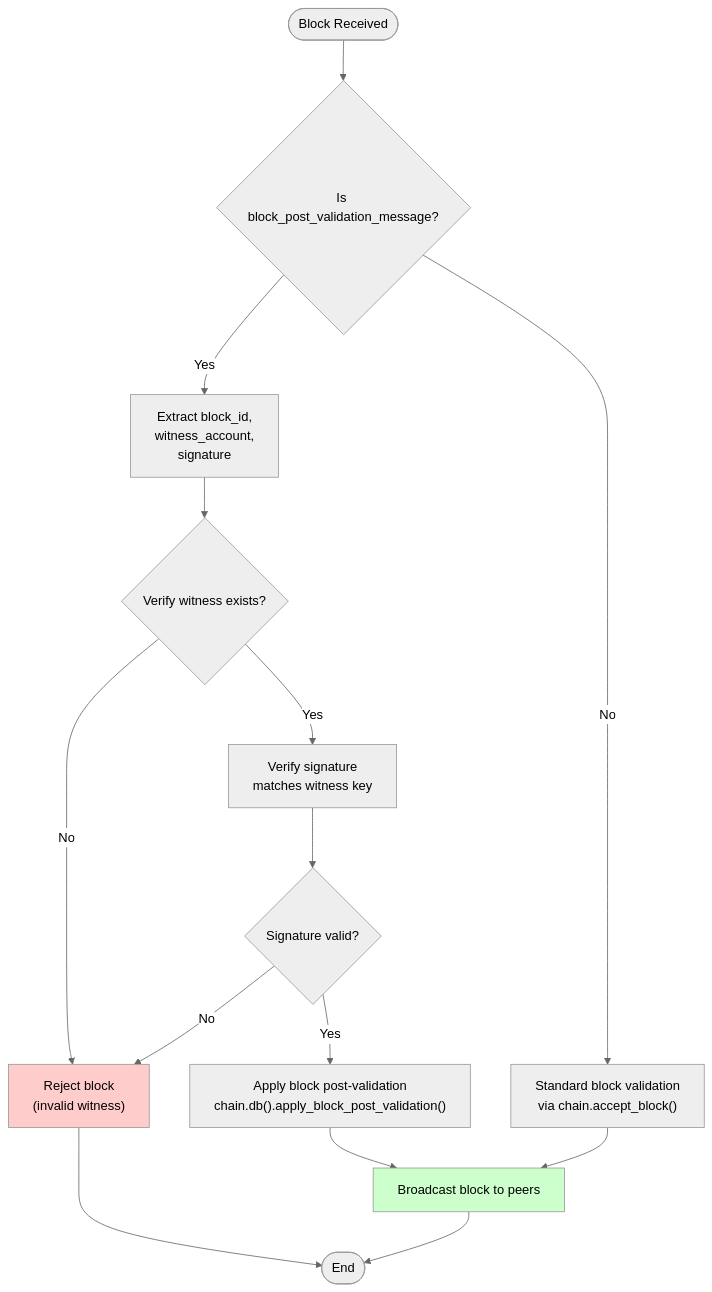
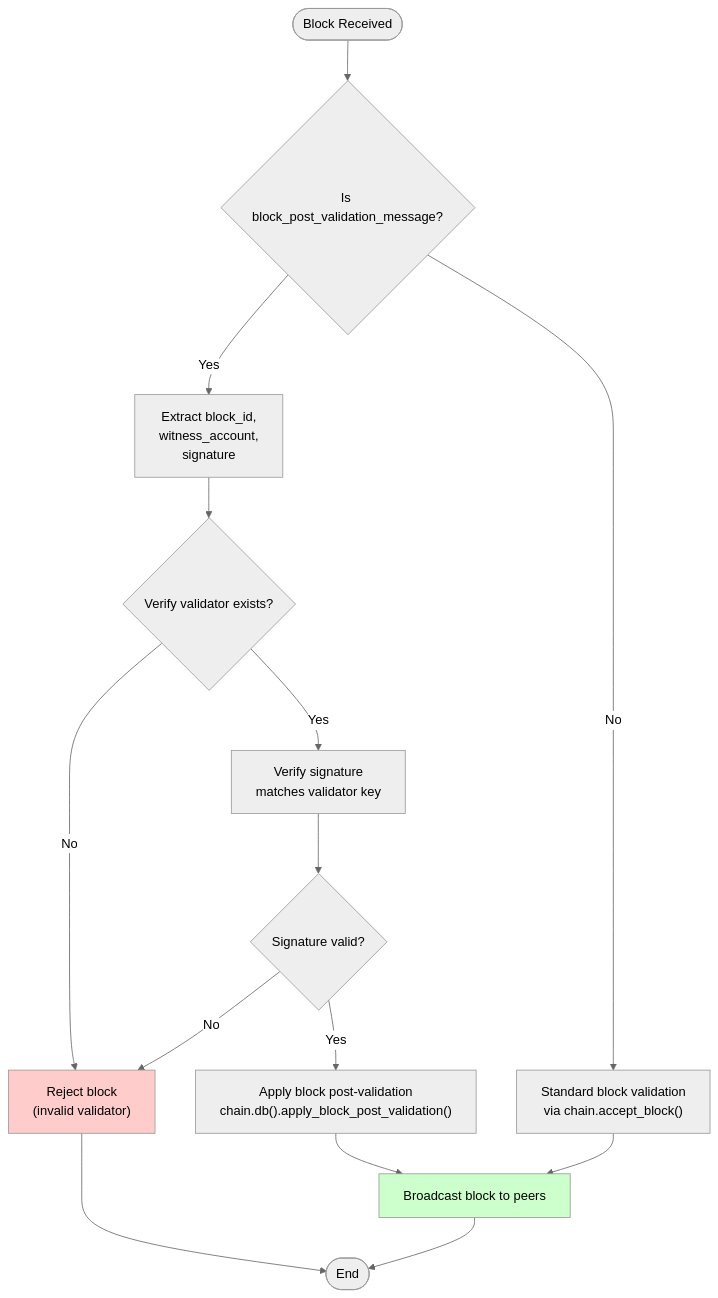
Before and after one commit to VIZ-Blockchain/viz-cpp-node: the fifth of 50 diagrams in .qoder/repowiki/en/content/P2p Plugin.md, drawn with Mermaid (neutral theme). The commit also changed other lines of this file and 88 other files, not shown here.

First line of the commit message:
docs(validator): rename witness to validator throughout documentation

````diff
--- a/.qoder/repowiki/en/content/P2p Plugin.md
+++ b/.qoder/repowiki/en/content/P2p Plugin.md
@@ -328,18 +328,18 @@
 ```mermaid
 flowchart TD
 Start([Block Received]) --> ValidateType{"Is block_post_validation_message?"}
 ValidateType --> |No| StandardValidation["Standard block validation<br/>via chain.accept_block()"]
 ValidateType --> |Yes| ExtractParams["Extract block_id,<br/>witness_account,<br/>signature"]
-ExtractParams --> VerifyWitness{"Verify witness exists?"}
-VerifyWitness --> |No| RejectBlock["Reject block<br/>(invalid witness)"]
-VerifyWitness --> |Yes| VerifySignature["Verify signature<br/>matches witness key"]
+ExtractParams --> VerifyWitness{"Verify validator exists?"}
+VerifyWitness --> |No| RejectBlock["Reject block<br/>(invalid validator)"]
+VerifyWitness --> |Yes| VerifySignature["Verify signature<br/>matches validator key"]
 VerifySignature --> SignatureValid{"Signature valid?"}
 SignatureValid --> |No| RejectBlock
 SignatureValid --> |Yes| ApplyValidation["Apply block post-validation<br/>chain.db().apply_block_post_validation()"]
 ApplyValidation --> BroadcastBlock["Broadcast block to peers"]
 StandardValidation --> BroadcastBlock
 RejectBlock --> End([End])
 BroadcastBlock --> End
 style RejectBlock fill:#ffcccc
 style BroadcastBlock fill:#ccffcc
 ```
````
